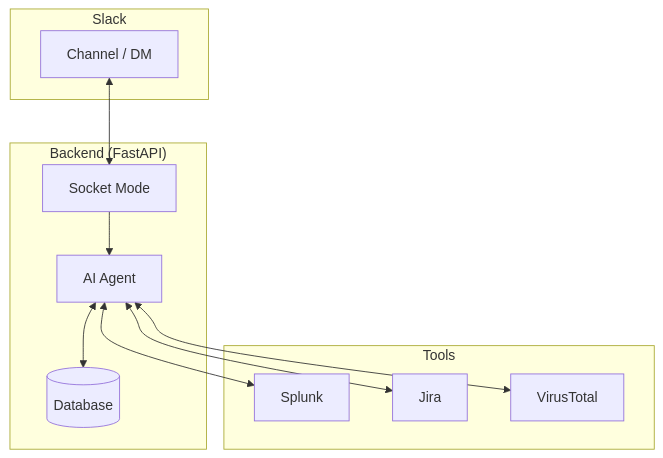
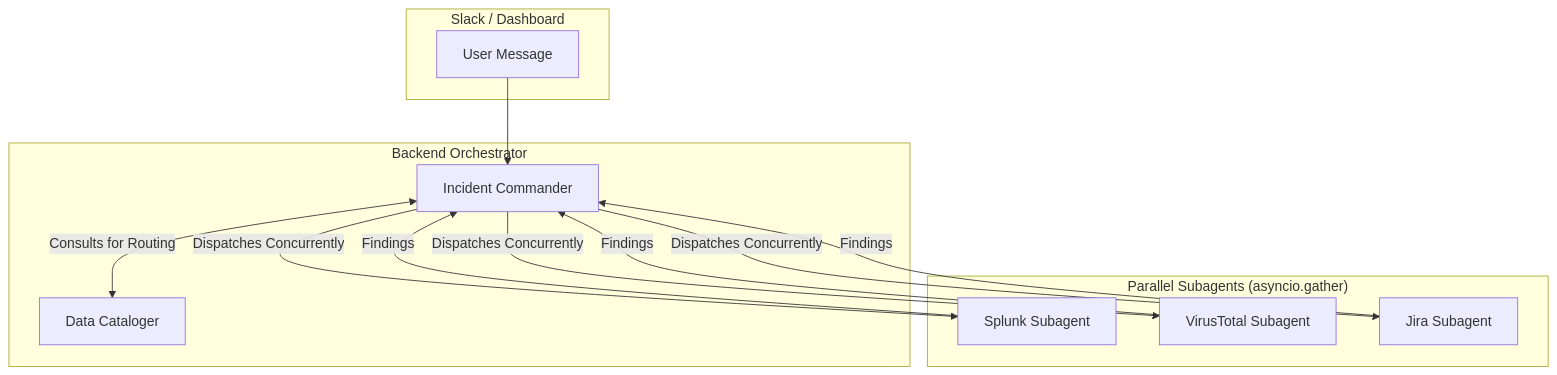
Before and after one commit to sttor/warroom-splunk: the first of 3 diagrams in README.md, drawn with Mermaid. The commit also changed other lines of this file, not shown here.

Commit message:
Update README architecture with Data Cataloger and Parallel Subagents

````diff
--- a/README.md
+++ b/README.md
@@ -35,25 +37,26 @@
 ```mermaid
 graph TD
-    subgraph "Slack"
-        S[Channel / DM]
+    subgraph "Slack / Dashboard"
+        S[User Message]
     end
 
-    subgraph "Backend (FastAPI)"
-        B[Socket Mode]
-        O[AI Agent]
-        DB[(Database)]
+    subgraph "Backend Orchestrator"
+        IC[Incident Commander]
+        DC[Data Cataloger]
     end
 
-    subgraph "Tools"
-        SP[Splunk]
-        J[Jira]
-        VT[VirusTotal]
+    subgraph "Parallel Subagents (asyncio.gather)"
+        SA1[Splunk Subagent]
+        SA2[VirusTotal Subagent]
+        SA3[Jira Subagent]
     end
 
-    S <--> B
-    B --> O
-    O <--> DB
-    O <--> SP
-    O <--> J
-    O <--> VT
+    S --> IC
+    IC <-->|Consults for Routing| DC
+    IC -->|Dispatches Concurrently| SA1
+    IC -->|Dispatches Concurrently| SA2
+    IC -->|Dispatches Concurrently| SA3
+    SA1 -->|Findings| IC
+    SA2 -->|Findings| IC
+    SA3 -->|Findings| IC
 ```
````
